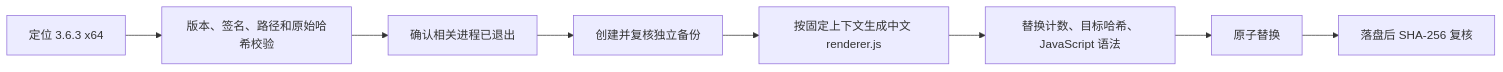
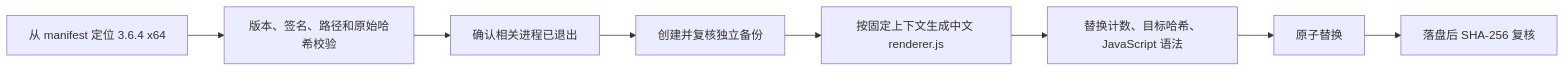
Before and after one commit to EeryFrank/GitHubDesktop-zh-CN-QiZhang: the third of 3 diagrams in docs/DEPENDENCIES_AND_ARCHITECTURE.md, drawn with Mermaid. The commit also changed other lines of this file and 12 other files, not shown here.

````diff
--- a/docs/DEPENDENCIES_AND_ARCHITECTURE.md
+++ b/docs/DEPENDENCIES_AND_ARCHITECTURE.md
@@ -58,10 +58,10 @@
 ```mermaid
 flowchart LR
-    Detect["定位 3.6.3 x64"] --> Verify["版本、签名、路径和原始哈希校验"]
+    Detect["从 manifest 定位 3.6.4 x64"] --> Verify["版本、签名、路径和原始哈希校验"]
     Verify --> StopCheck["确认相关进程已退出"]
     StopCheck --> Backup["创建并复核独立备份"]
     Backup --> Generate["按固定上下文生成中文 renderer.js"]
     Generate --> Validate["替换计数、目标哈希、JavaScript 语法"]
     Validate --> Replace["原子替换"]
     Replace --> ReadBack["落盘后 SHA-256 复核"]
 ```
````
